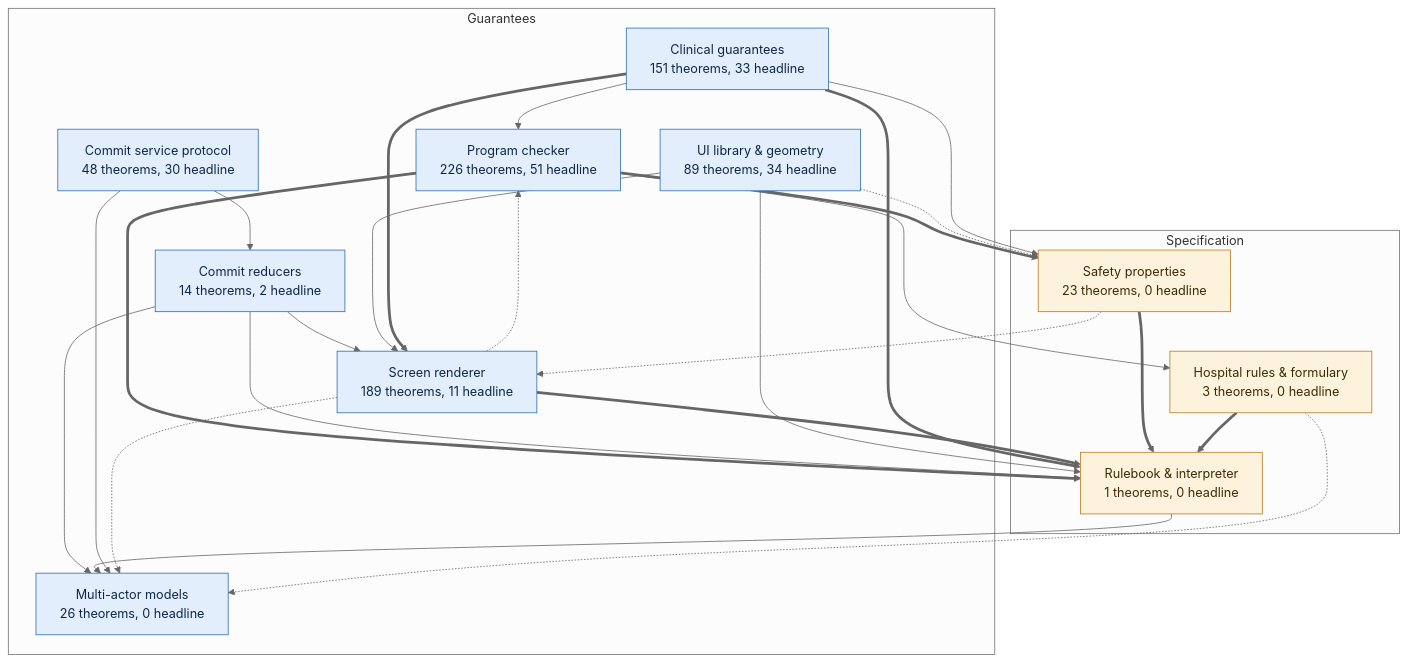
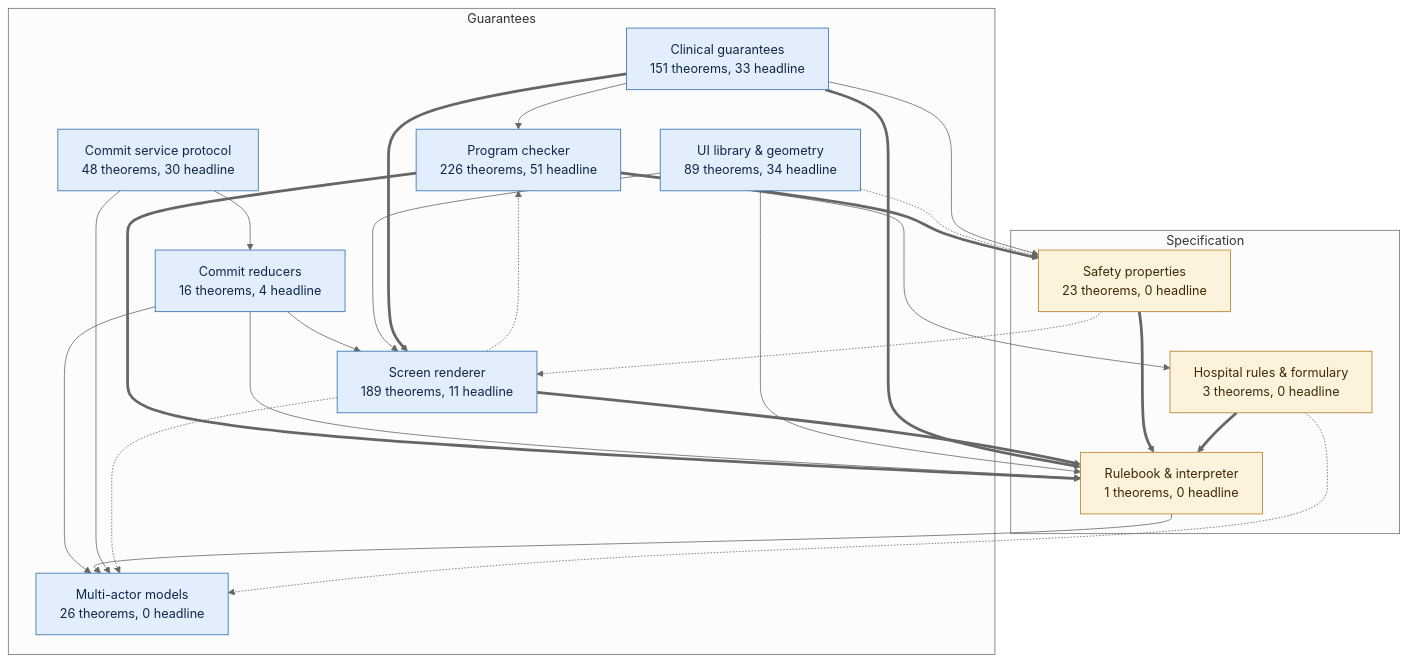
The fourth of 11 diagrams in README.md (saithat/VGI-Health), drawn with Mermaid (neutral theme) before and after one commit. The commit also changed other lines of this file and 22 other files, not shown here.

````diff
--- a/README.md
+++ b/README.md
@@ -915,42 +915,42 @@
 ```mermaid
 flowchart TB
   subgraph guar_g["Guarantees"]
     proofs["Clinical guarantees<br/>151 theorems, 33 headline"]:::guar
     check["Program checker<br/>226 theorems, 51 headline"]:::guar
     render["Screen renderer<br/>189 theorems, 11 headline"]:::guar
     layout["UI library &amp; geometry<br/>89 theorems, 34 headline"]:::guar
-    commit["Commit reducers<br/>14 theorems, 2 headline"]:::guar
+    commit["Commit reducers<br/>16 theorems, 4 headline"]:::guar
     protocol["Commit service protocol<br/>48 theorems, 30 headline"]:::guar
     multi["Multi-actor models<br/>26 theorems, 0 headline"]:::guar
   end
   subgraph spec_g["Specification"]
     core["Rulebook &amp; interpreter<br/>1 theorems, 0 headline"]:::spec
     props["Safety properties<br/>23 theorems, 0 headline"]:::spec
     specs["Hospital rules &amp; formulary<br/>3 theorems, 0 headline"]:::spec
   end
   check ==> core
   check ==> props
   check --> specs
   commit --> core
   commit --> multi
   commit --> render
   core --> multi
   layout --> core
   layout -.-> props
   layout --> render
   proofs --> check
   proofs ==> core
   proofs --> props
   proofs ==> render
   props ==> core
   props -.-> render
   protocol --> commit
   protocol --> multi
   render -.-> check
   render ==> core
   render -.-> multi
   specs ==> core
   specs -.-> multi
   classDef spec fill:#fdf3dc,stroke:#b7791f,color:#3d2a06
   classDef guar fill:#e3eefc,stroke:#2b6cb0,color:#0f2747
 ```
````
